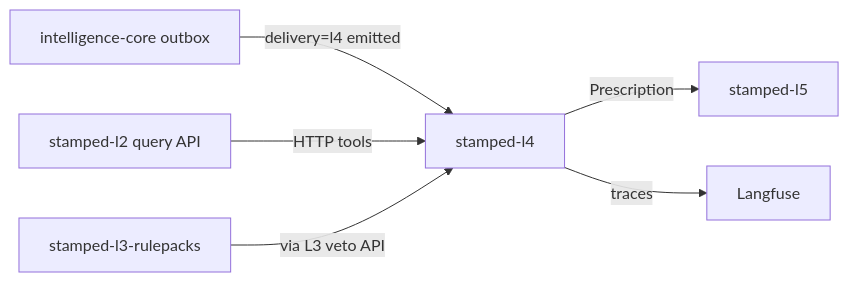
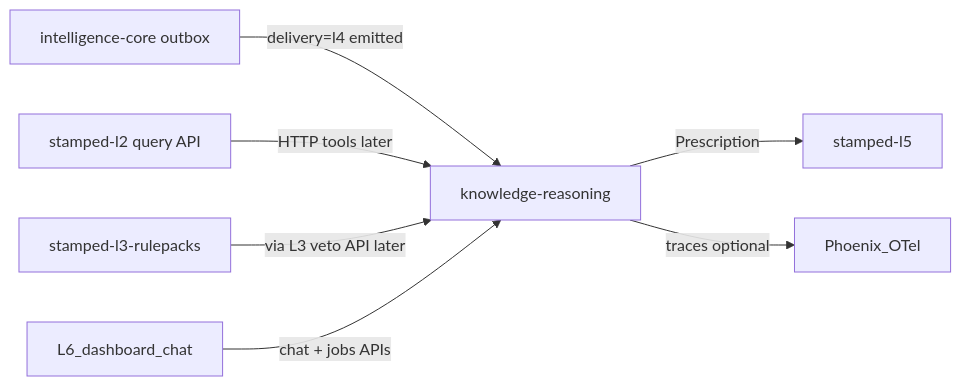
The diagram in handoff/stamped-l4-architecture-handoff.md (Vinayak-RZ/stamped-external), drawn with Mermaid before and after one commit. The commit also changed other lines of this file and 6 other files, not shown here.

First line of the commit message:
docs(l4): sync pilot architecture — ADR-018, SSOT, handoff, consumer README

````diff
--- a/handoff/stamped-l4-architecture-handoff.md
+++ b/handoff/stamped-l4-architecture-handoff.md
@@ -28,8 +30,9 @@
 ```mermaid
 flowchart LR
-  Core[intelligence-core outbox] -->|delivery=l4 emitted| L4[stamped-l4]
-  L2[stamped-l2 query API] -->|HTTP tools| L4
-  Packs[stamped-l3-rulepacks] -->|via L3 veto API| L4
+  Core[intelligence-core outbox] -->|delivery=l4 emitted| L4[knowledge-reasoning]
+  L2[stamped-l2 query API] -->|HTTP tools later| L4
+  Packs[stamped-l3-rulepacks] -->|via L3 veto API later| L4
   L4 -->|Prescription| L5[stamped-l5]
-  L4 -->|traces| LF[Langfuse]
+  L6[L6_dashboard_chat] -->|chat + jobs APIs| L4
+  L4 -->|traces optional| PX[Phoenix_OTel]
 ```
````
